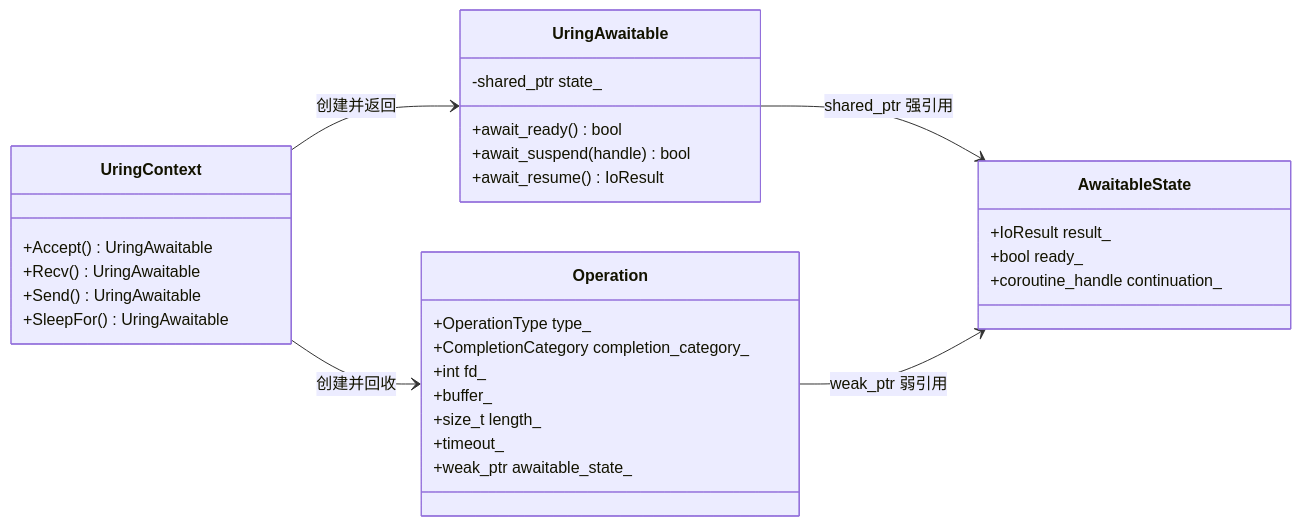
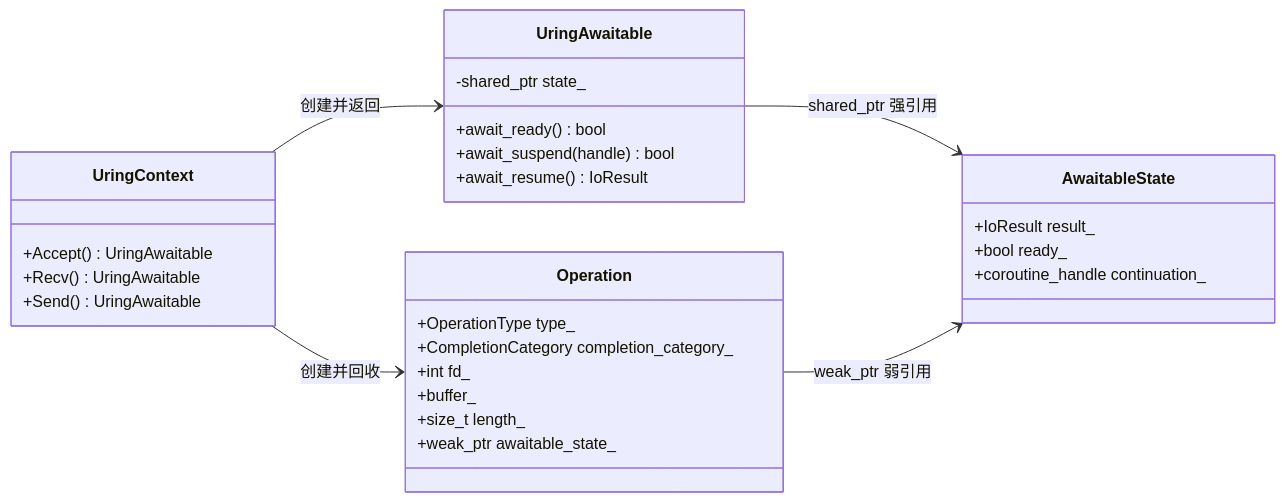
The third of 4 diagrams in docs/io-runtime.md (yuedongcun/xrpc-cpp), drawn with Mermaid before and after one commit. The commit also changed other lines of this file and 6 other files, not shown here.

````diff
--- a/docs/io-runtime.md
+++ b/docs/io-runtime.md
@@ -165,39 +165,37 @@
 ```mermaid
 classDiagram
   direction LR
 
   class UringContext {
     +Accept() UringAwaitable
     +Recv() UringAwaitable
     +Send() UringAwaitable
-    +SleepFor() UringAwaitable
   }
 
   class UringAwaitable {
     -shared_ptr state_
     +await_ready() bool
     +await_suspend(handle) bool
     +await_resume() IoResult
   }
 
   class AwaitableState {
     +IoResult result_
     +bool ready_
     +coroutine_handle continuation_
   }
 
   class Operation {
     +OperationType type_
     +CompletionCategory completion_category_
     +int fd_
     +buffer_
     +size_t length_
-    +timeout_
     +weak_ptr awaitable_state_
   }
 
   UringContext --> UringAwaitable : 创建并返回
   UringContext --> Operation : 创建并回收
   UringAwaitable --> AwaitableState : shared_ptr 强引用
   Operation --> AwaitableState : weak_ptr 弱引用
 ```
````
